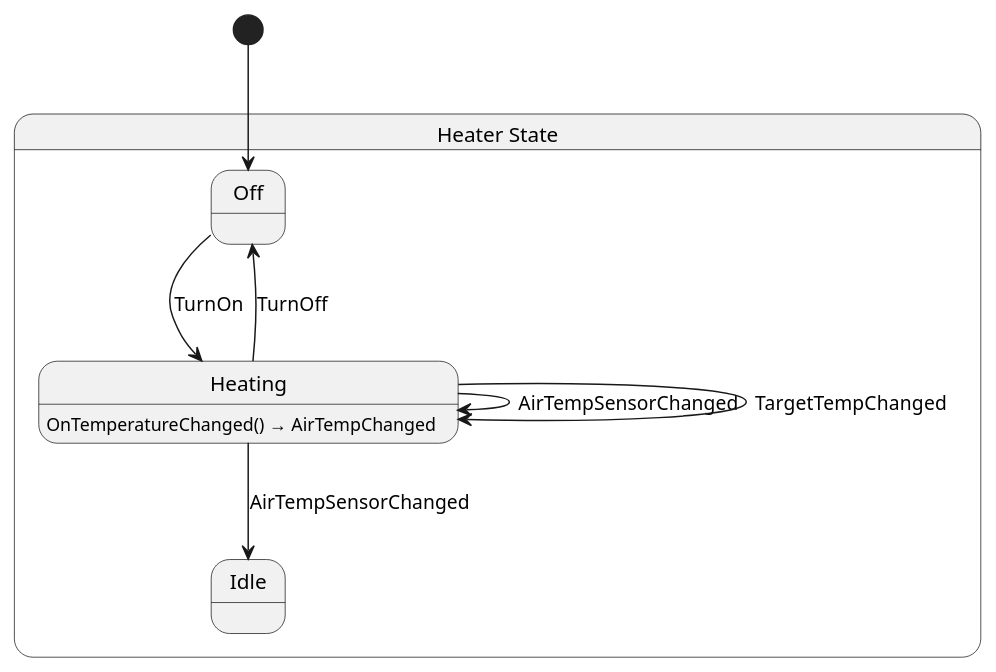
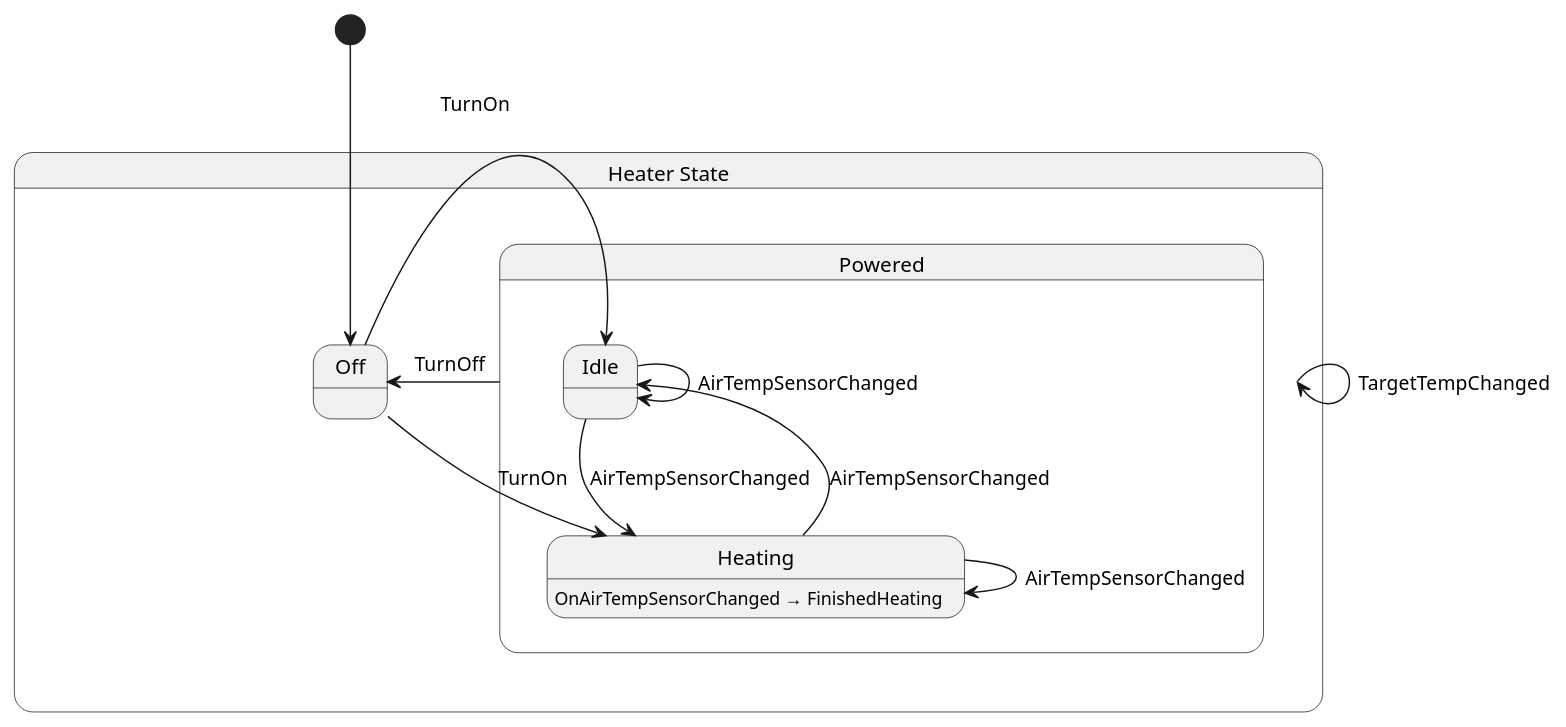
The diagram in Chickensoft.LogicBlocks.Generator.Tests/test_cases/Heater.g.puml (chickensoft-games/LogicBlocks), drawn with PlantUML before and after one commit. The commit also changed 53 other files, not shown here.

```diff
--- a/Chickensoft.LogicBlocks.Generator.Tests/test_cases/Heater.g.puml
+++ b/Chickensoft.LogicBlocks.Generator.Tests/test_cases/Heater.g.puml
@@ -1,17 +1,22 @@
 @startuml Heater
 state "Heater State" as Chickensoft_LogicBlocks_Generator_Tests_Heater_State {
+  state "Powered" as Chickensoft_LogicBlocks_Generator_Tests_Heater_State_Powered {
+    state "Idle" as Chickensoft_LogicBlocks_Generator_Tests_Heater_State_Idle
+    state "Heating" as Chickensoft_LogicBlocks_Generator_Tests_Heater_State_Heating {
+      Chickensoft_LogicBlocks_Generator_Tests_Heater_State_Heating : OnAirTempSensorChanged → FinishedHeating
+    }
+  }
   state "Off" as Chickensoft_LogicBlocks_Generator_Tests_Heater_State_Off
-  state "Idle" as Chickensoft_LogicBlocks_Generator_Tests_Heater_State_Idle
-  state "Heating" as Chickensoft_LogicBlocks_Generator_Tests_Heater_State_Heating {
-    Chickensoft_LogicBlocks_Generator_Tests_Heater_State_Heating : OnTemperatureChanged() → AirTempChanged
-  }
 }
 
+Chickensoft_LogicBlocks_Generator_Tests_Heater_State --> Chickensoft_LogicBlocks_Generator_Tests_Heater_State : TargetTempChanged
 Chickensoft_LogicBlocks_Generator_Tests_Heater_State_Heating --> Chickensoft_LogicBlocks_Generator_Tests_Heater_State_Heating : AirTempSensorChanged
-Chickensoft_LogicBlocks_Generator_Tests_Heater_State_Heating --> Chickensoft_LogicBlocks_Generator_Tests_Heater_State_Heating : TargetTempChanged
 Chickensoft_LogicBlocks_Generator_Tests_Heater_State_Heating --> Chickensoft_LogicBlocks_Generator_Tests_Heater_State_Idle : AirTempSensorChanged
-Chickensoft_LogicBlocks_Generator_Tests_Heater_State_Heating --> Chickensoft_LogicBlocks_Generator_Tests_Heater_State_Off : TurnOff
+Chickensoft_LogicBlocks_Generator_Tests_Heater_State_Idle --> Chickensoft_LogicBlocks_Generator_Tests_Heater_State_Heating : AirTempSensorChanged
+Chickensoft_LogicBlocks_Generator_Tests_Heater_State_Idle --> Chickensoft_LogicBlocks_Generator_Tests_Heater_State_Idle : AirTempSensorChanged
 Chickensoft_LogicBlocks_Generator_Tests_Heater_State_Off --> Chickensoft_LogicBlocks_Generator_Tests_Heater_State_Heating : TurnOn
+Chickensoft_LogicBlocks_Generator_Tests_Heater_State_Off --> Chickensoft_LogicBlocks_Generator_Tests_Heater_State_Idle : TurnOn
+Chickensoft_LogicBlocks_Generator_Tests_Heater_State_Powered --> Chickensoft_LogicBlocks_Generator_Tests_Heater_State_Off : TurnOff
 
 [*] --> Chickensoft_LogicBlocks_Generator_Tests_Heater_State_Off
 @enduml
```
